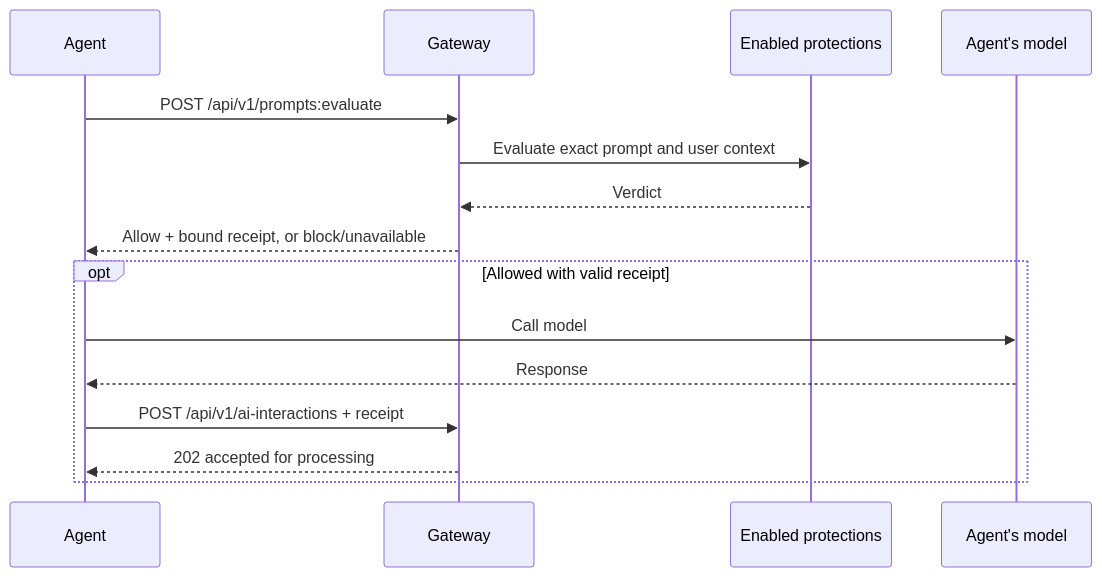
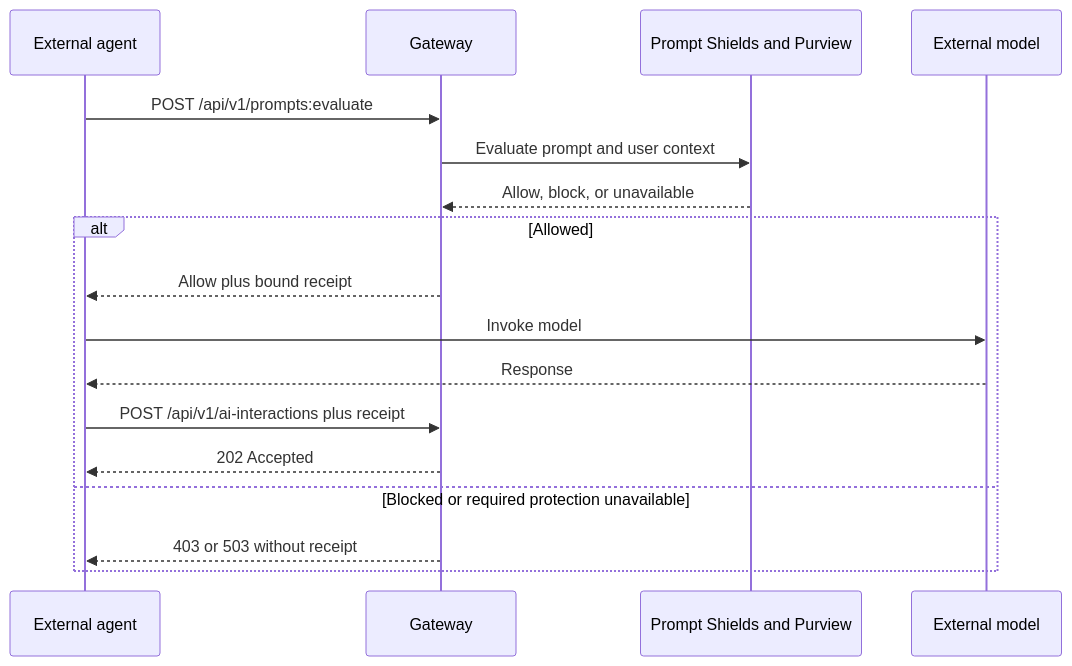
One commit to patrick-shim/a365-custom-gateway changed the second of 2 diagrams in README.md. Above: the diagram before and after it, drawn with Mermaid. The commit also changed other lines of this file and 21 other files, not shown here.

````diff
--- a/README.md
+++ b/README.md
@@ -105,17 +230,20 @@
 ```mermaid
 sequenceDiagram
-    participant Agent
+    participant Agent as External agent
     participant Gateway
-    participant Protection as Enabled protections
-    participant Model as Agent's model
+    participant Protection as Prompt Shields and Purview
+    participant Model as External model
+
     Agent->>Gateway: POST /api/v1/prompts:evaluate
-    Gateway->>Protection: Evaluate exact prompt and user context
-    Protection-->>Gateway: Verdict
-    Gateway-->>Agent: Allow + bound receipt, or block/unavailable
-    opt Allowed with valid receipt
-        Agent->>Model: Call model
+    Gateway->>Protection: Evaluate prompt and user context
+    Protection-->>Gateway: Allow, block, or unavailable
+    alt Allowed
+        Gateway-->>Agent: Allow plus bound receipt
+        Agent->>Model: Invoke model
         Model-->>Agent: Response
-        Agent->>Gateway: POST /api/v1/ai-interactions + receipt
-        Gateway-->>Agent: 202 accepted for processing
+        Agent->>Gateway: POST /api/v1/ai-interactions plus receipt
+        Gateway-->>Agent: 202 Accepted
+    else Blocked or required protection unavailable
+        Gateway-->>Agent: 403 or 503 without receipt
     end
 ```
````
